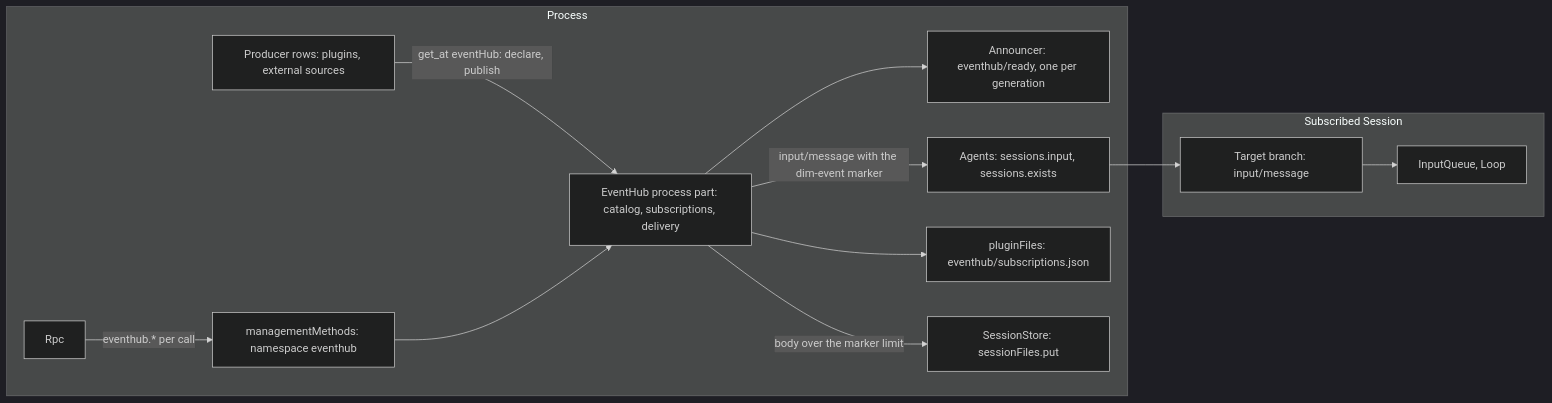
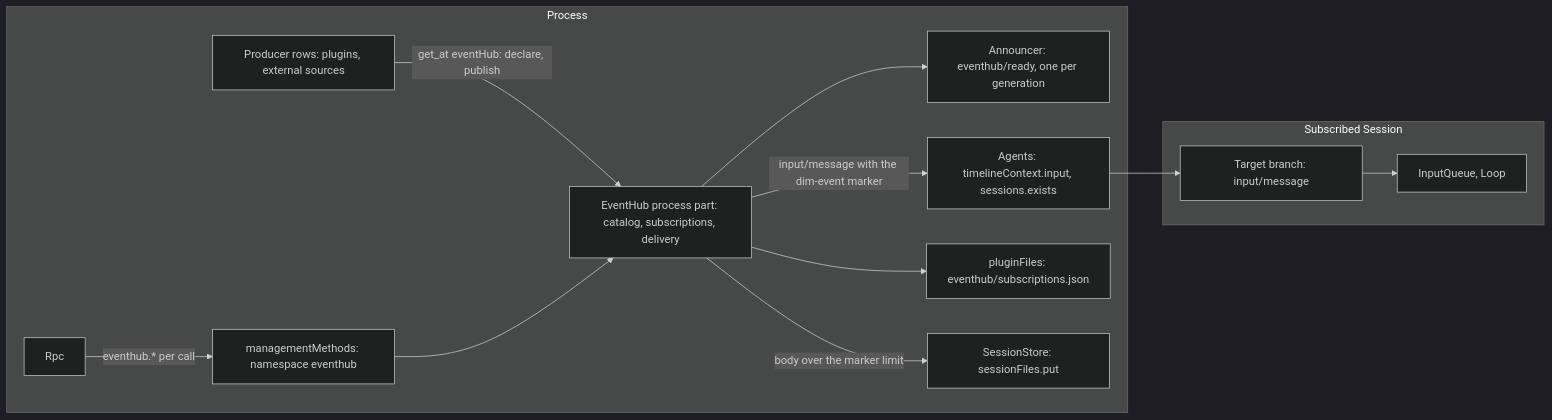
Before and after one commit to arcships/dim: the first of 2 diagrams in docs/design/plugins/EventHub.md, drawn with Mermaid (dark theme). The commit also changed other lines of this file and 142 other files, not shown here.

````diff
--- a/docs/design/plugins/EventHub.md
+++ b/docs/design/plugins/EventHub.md
@@ -17,26 +21,26 @@
 ```mermaid
 flowchart LR
   subgraph PROC["Process"]
     Prod["Producer rows: plugins, external sources"]
     Hub["EventHub process part: catalog, subscriptions, delivery"]
     Ready["Announcer: eventhub/ready, one per generation"]
     MM["managementMethods: namespace eventhub"]
     Rpc["Rpc"]
-    Agents["Agents: sessions.input, sessions.exists"]
+    Agents["Agents: timelineContext.input, sessions.exists"]
     Files["pluginFiles: eventhub/subscriptions.json"]
     SF["SessionStore: sessionFiles.put"]
   end
   subgraph SESS["Subscribed Session"]
     TL["Target branch: input/message"]
     IQ["InputQueue, Loop"]
   end
   Prod -->|"get_at eventHub: declare, publish"| Hub
   Hub --> Files
   Hub -->|"input/message with the dim-event marker"| Agents
   Agents --> TL
   Hub -->|"body over the marker limit"| SF
   Rpc -->|"eventhub.* per call"| MM
   MM --> Hub
   Hub --> Ready
   TL --> IQ
 ```
````
